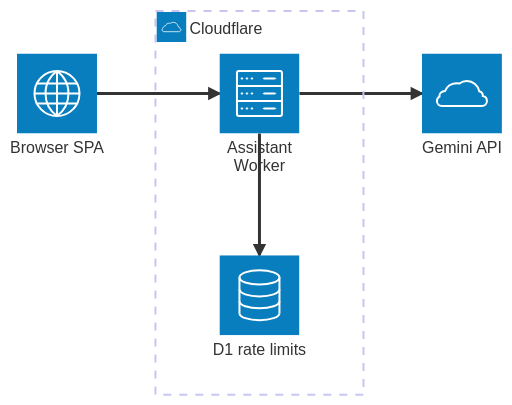
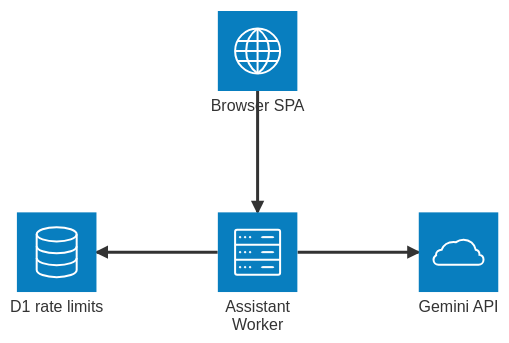
One commit to groovyrey/ouhrapp changed the first of 3 diagrams in documents/ARCH.md. Above: the diagram before and after it, drawn with Mermaid.

Commit message:
flatten prototype architecture diagram to avoid node overlap

````diff
--- a/documents/ARCH.md
+++ b/documents/ARCH.md
@@ -11,13 +11,11 @@
 ```mermaid
 architecture-beta
-    group cloudflare(cloud)[Cloudflare]
-    service worker(server)[Assistant Worker] in cloudflare
-    service d1(database)[D1 rate limits] in cloudflare
-
     service browser(internet)[Browser SPA]
+    service worker(server)[Assistant Worker]
+    service d1(database)[D1 rate limits]
     service gemini(cloud)[Gemini API]
 
-    browser:R --> L:worker
+    browser:B --> T:worker
     worker:R --> L:gemini
-    worker:B --> T:d1
+    worker:L --> R:d1
 ```
````
